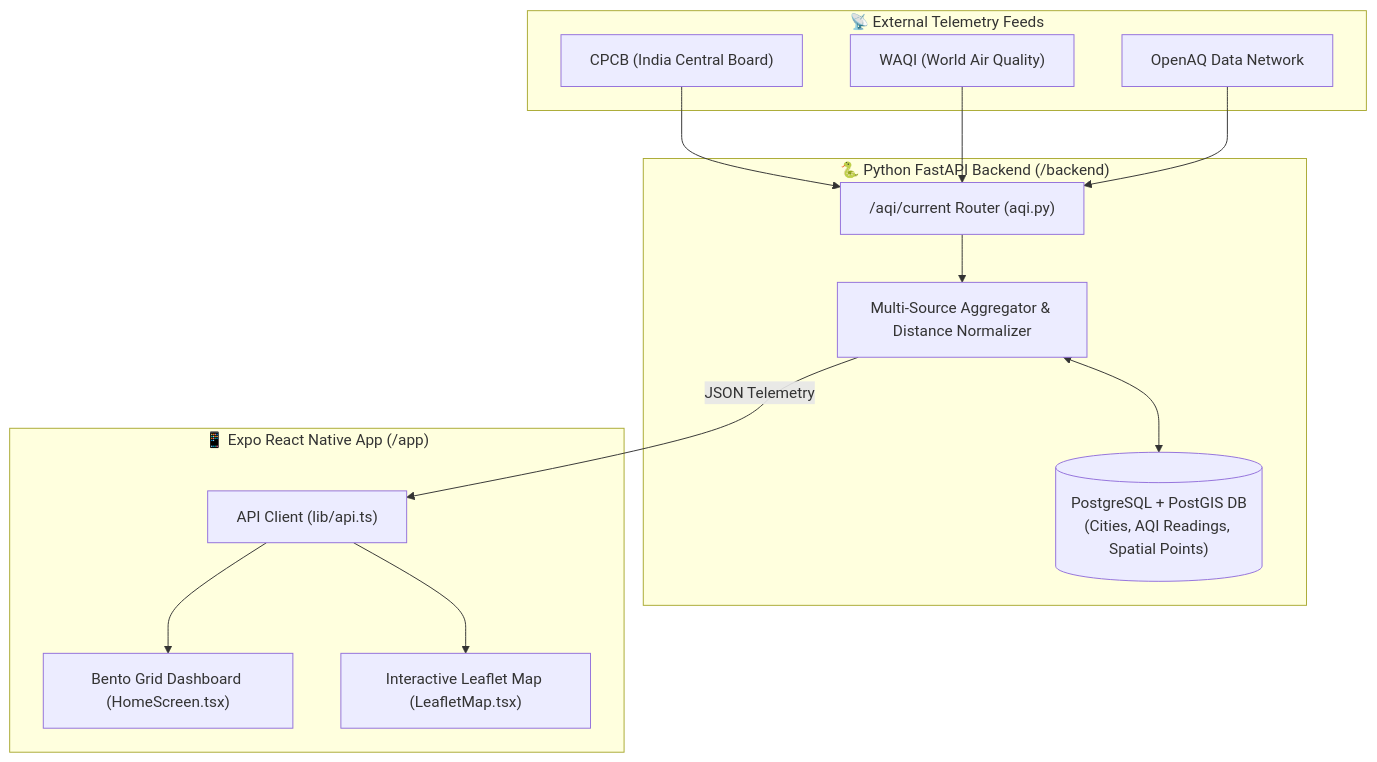
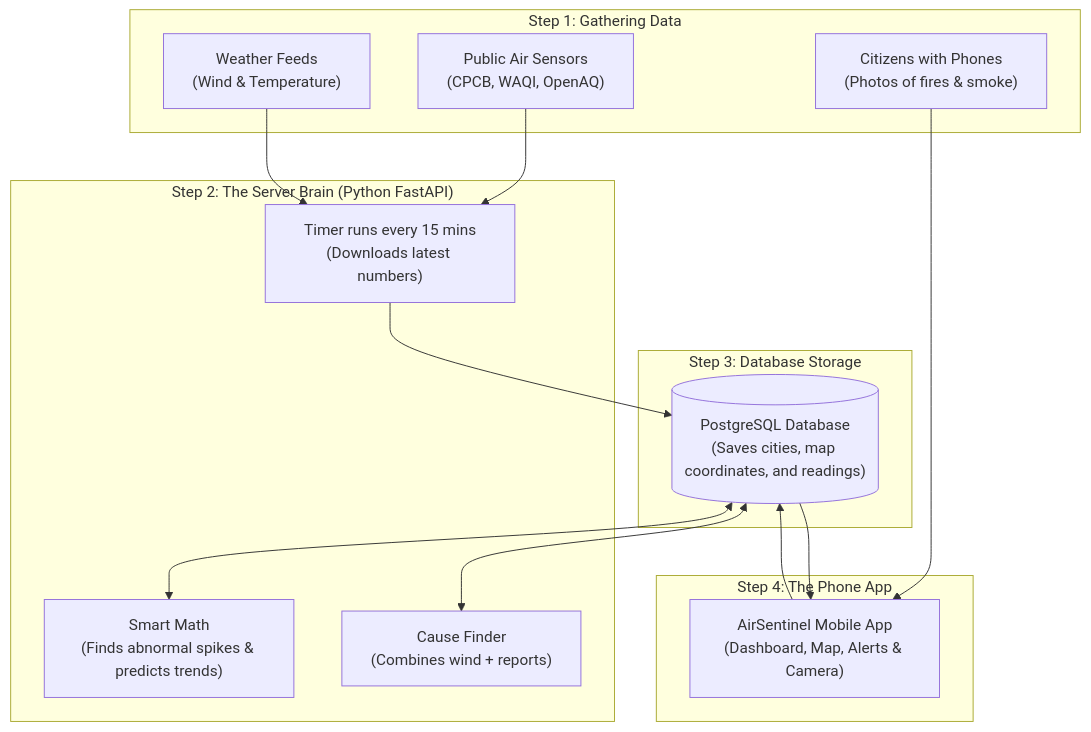
Before and after one commit to HarshMangaraj/AirSentinel: the diagram in README.md, drawn with Mermaid. The commit also changed other lines of this file, not shown here.

````diff
--- a/README.md
+++ b/README.md
@@ -25,29 +125,31 @@
 ```mermaid
 flowchart TD
-    subgraph Data_Sources["📡 External Telemetry Feeds"]
-        CPCB["CPCB (India Central Board)"]
-        WAQI["WAQI (World Air Quality)"]
-        OpenAQ["OpenAQ Data Network"]
+    subgraph Step1["Step 1: Gathering Data"]
+        Sensors["Public Air Sensors\n(CPCB, WAQI, OpenAQ)"]
+        Weather["Weather Feeds\n(Wind & Temperature)"]
+        Citizens["Citizens with Phones\n(Photos of fires & smoke)"]
     end
 
-    subgraph Backend_Layer["🐍 Python FastAPI Backend (/backend)"]
-        Router["/aqi/current Router (aqi.py)"]
-        Aggregator["Multi-Source Aggregator & Distance Normalizer"]
-        PostGIS[("PostgreSQL + PostGIS DB\n(Cities, AQI Readings, Spatial Points)")]
+    subgraph Step2["Step 2: The Server Brain (Python FastAPI)"]
+        Timer["Timer runs every 15 mins\n(Downloads latest numbers)"]
+        AI["Smart Math\n(Finds abnormal spikes & predicts trends)"]
+        CauseFinder["Cause Finder\n(Combines wind + reports)"]
     end
 
-    subgraph Mobile_App["📱 Expo React Native App (/app)"]
-        APIClient["API Client (lib/api.ts)"]
-        BentoUI["Bento Grid Dashboard (HomeScreen.tsx)"]
-        MapVisualizer["Interactive Leaflet Map (LeafletMap.tsx)"]
+    subgraph Step3["Step 3: Database Storage"]
+        DB[("PostgreSQL Database\n(Saves cities, map coordinates, and readings)")]
     end
 
-    CPCB --> Router
-    WAQI --> Router
-    OpenAQ --> Router
-    Router --> Aggregator
-    Aggregator <--> PostGIS
-    Aggregator -->|JSON Telemetry| APIClient
-    APIClient --> BentoUI
-    APIClient --> MapVisualizer
+    subgraph Step4["Step 4: The Phone App"]
+        App["AirSentinel Mobile App\n(Dashboard, Map, Alerts & Camera)"]
+    end
+
+    Sensors --> Timer
+    Weather --> Timer
+    Timer --> DB
+    Citizens --> App
+    App --> DB
+    DB <--> AI
+    DB <--> CauseFinder
+    DB --> App
 ```
````
